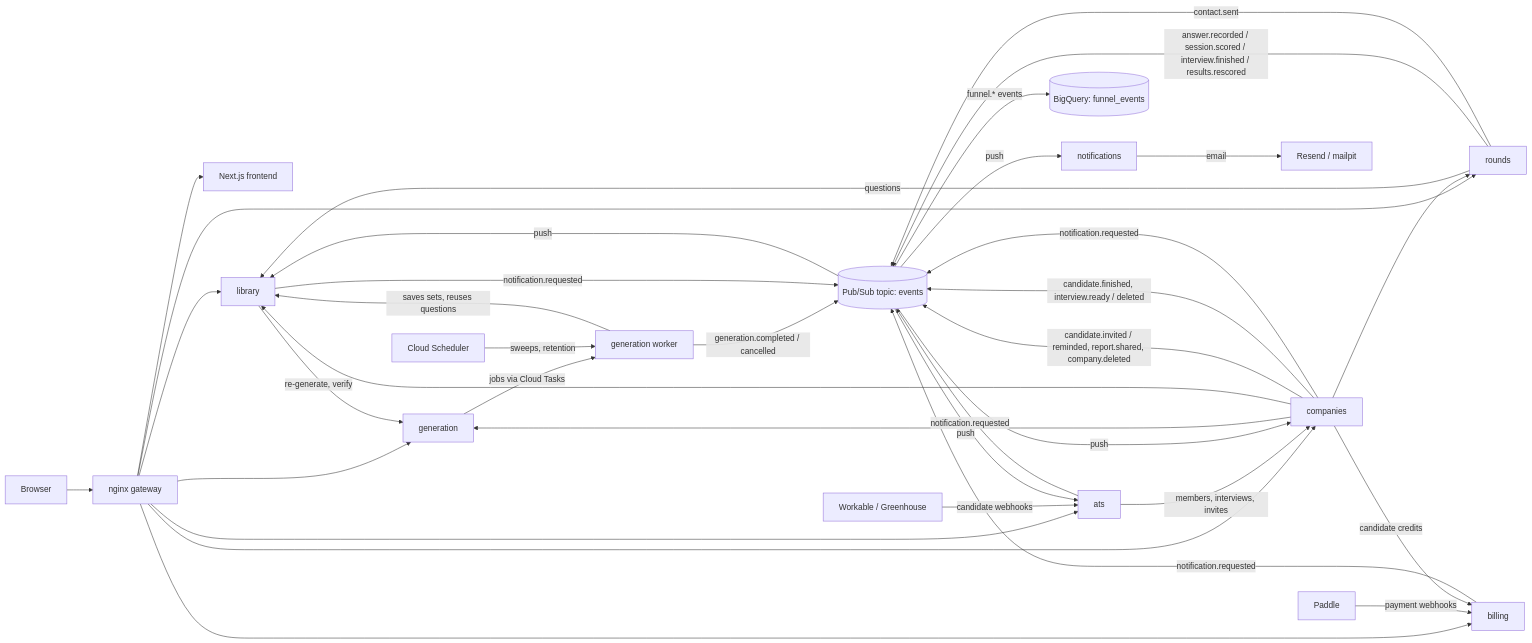
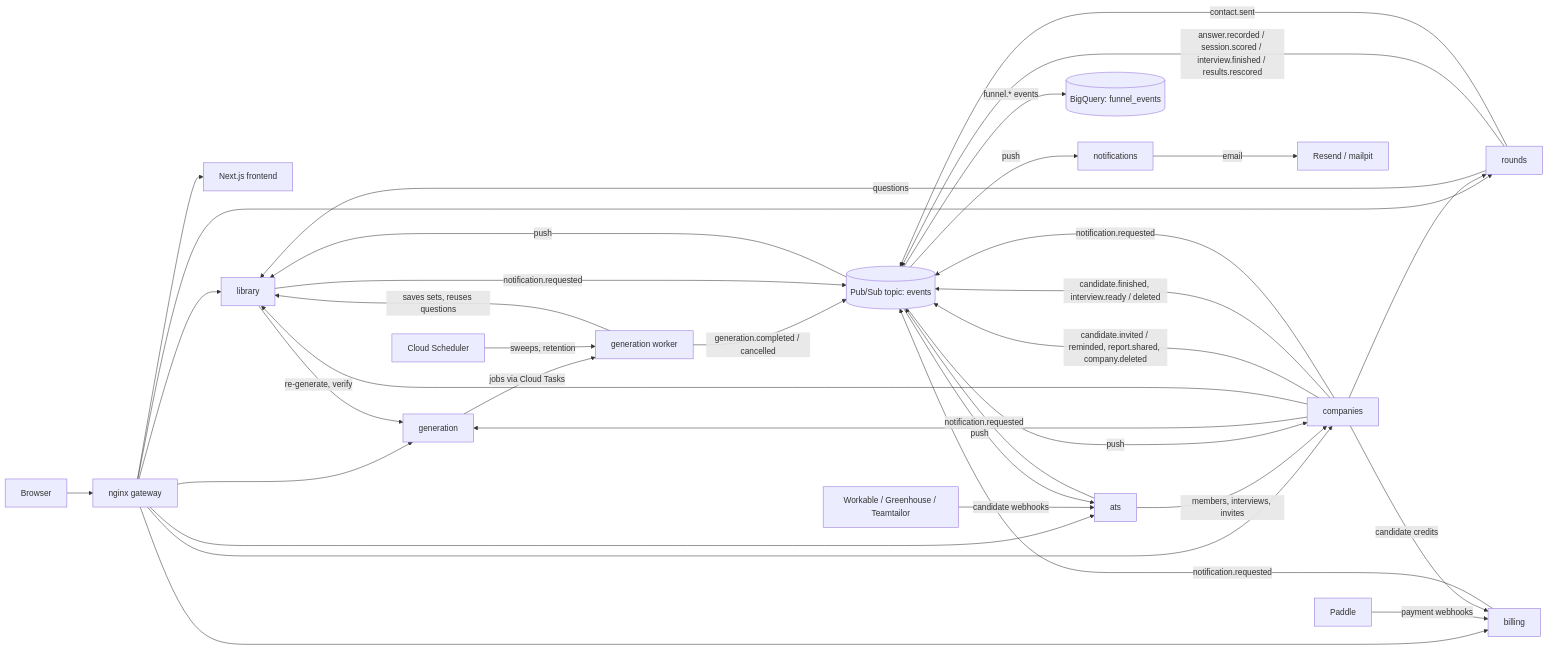
The diagram in docs/architecture.md (Vilsky-Viktor/ai-interview-prep-platform), drawn with Mermaid before and after one commit. The commit also changed other lines of this file and 3 other files, not shown here.

````diff
--- a/docs/architecture.md
+++ b/docs/architecture.md
@@ -14,36 +14,36 @@
 ```mermaid
 flowchart LR
     browser[Browser] --> gateway[nginx gateway]
     gateway --> frontend[Next.js frontend]
     gateway --> library
     gateway --> generation
     gateway --> rounds
     gateway --> companies
     gateway --> billing
     gateway --> ats
     paddle[Paddle] -- payment webhooks --> billing
-    atss[Workable / Greenhouse] -- candidate webhooks --> ats
+    atss[Workable / Greenhouse / Teamtailor] -- candidate webhooks --> ats
 
     generation -- jobs via Cloud Tasks --> worker[generation worker]
     scheduler[Cloud Scheduler] -- sweeps, retention --> worker
     worker -- saves sets, reuses questions --> library
     library -- re-generate, verify --> generation
     rounds -- questions --> library
     companies --> generation
     companies --> library
     companies --> rounds
     companies -- candidate credits --> billing
     ats -- members, interviews, invites --> companies
 
     rounds -- answer.recorded / session.scored / interview.finished / results.rescored --> pubsub[(Pub/Sub topic: events)]
     worker -- generation.completed / cancelled --> pubsub
     companies -- candidate.invited / reminded, report.shared, company.deleted --> pubsub
     companies -- candidate.finished, interview.ready / deleted --> pubsub
     rounds -- contact.sent --> pubsub
     library & companies & billing & ats -- notification.requested --> pubsub
     pubsub -- push --> library
     pubsub -- push --> companies
     pubsub -- push --> ats
     pubsub -- push --> notifications -- email --> smtp[Resend / mailpit]
     pubsub -- funnel.* events --> bigquery[(BigQuery: funnel_events)]
 ```
````
